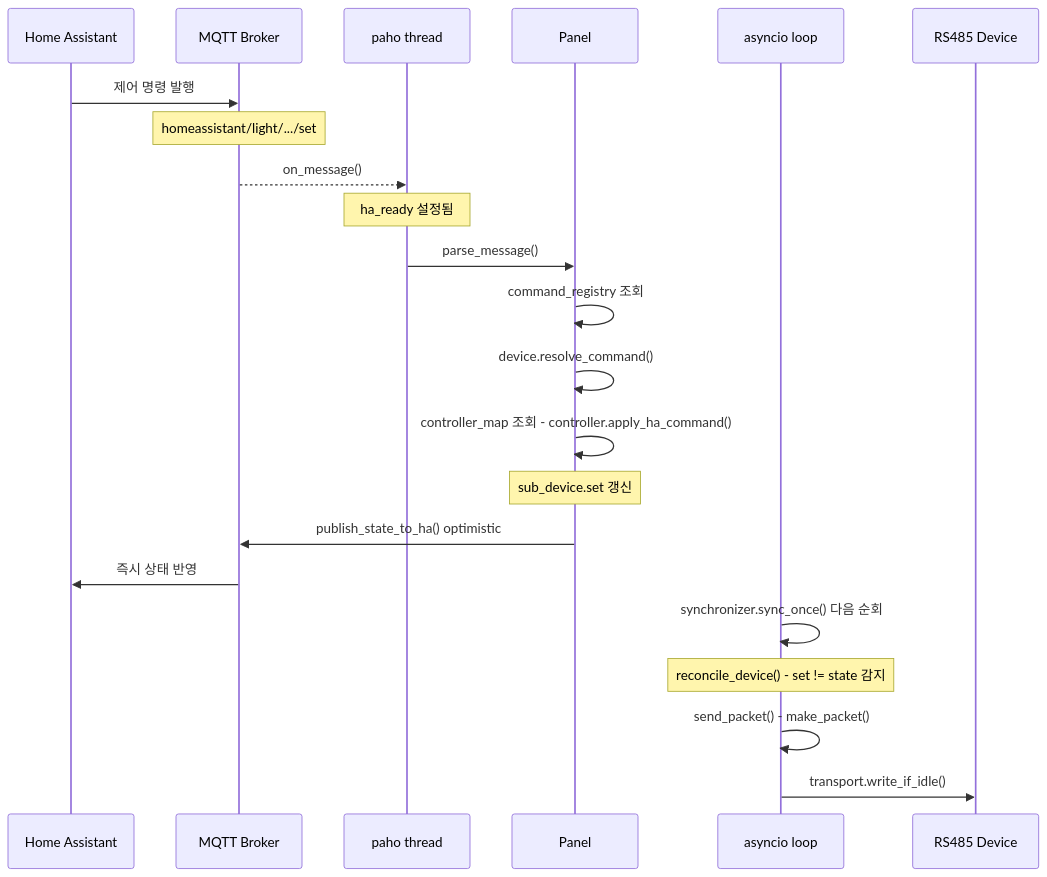
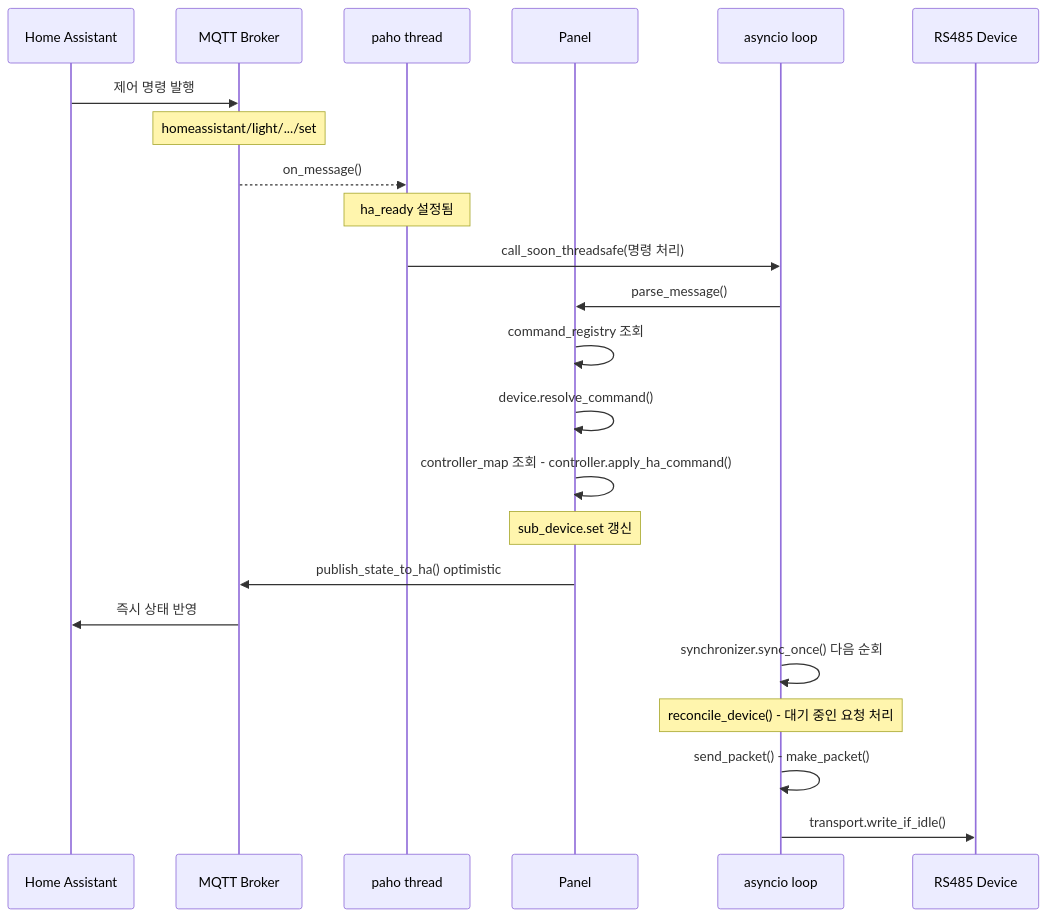
The second of 4 diagrams in docs/sequences.md (indielife/wallpad-mqtt-bridge), drawn with Mermaid before and after one commit. The commit also changed other lines of this file and 38 other files, not shown here.

````diff
--- a/docs/sequences.md
+++ b/docs/sequences.md
@@ -57,27 +57,28 @@
 ```mermaid
 sequenceDiagram
     participant HA as Home Assistant
     participant Broker as MQTT Broker
     participant paho as paho thread
     participant Panel
     participant aloop as asyncio loop
     participant RS485 as RS485 Device
 
     HA->>Broker: 제어 명령 발행
     Note over Broker: homeassistant/light/.../set
     Broker-->>paho: on_message()
     Note over paho: ha_ready 설정됨
 
-    paho->>Panel: parse_message()
+    paho->>aloop: call_soon_threadsafe(명령 처리)
+    aloop->>Panel: parse_message()
     Panel->>Panel: command_registry 조회
     Panel->>Panel: device.resolve_command()
     Panel->>Panel: controller_map 조회 - controller.apply_ha_command()
     Note over Panel: sub_device.set 갱신
     Panel->>Broker: publish_state_to_ha() optimistic
     Broker->>HA: 즉시 상태 반영
 
     aloop->>aloop: synchronizer.sync_once() 다음 순회
-    Note over aloop: reconcile_device() - set != state 감지
+    Note over aloop: reconcile_device() - 대기 중인 요청 처리
     aloop->>aloop: send_packet() - make_packet()
     aloop->>RS485: transport.write_if_idle()
 ```
````
